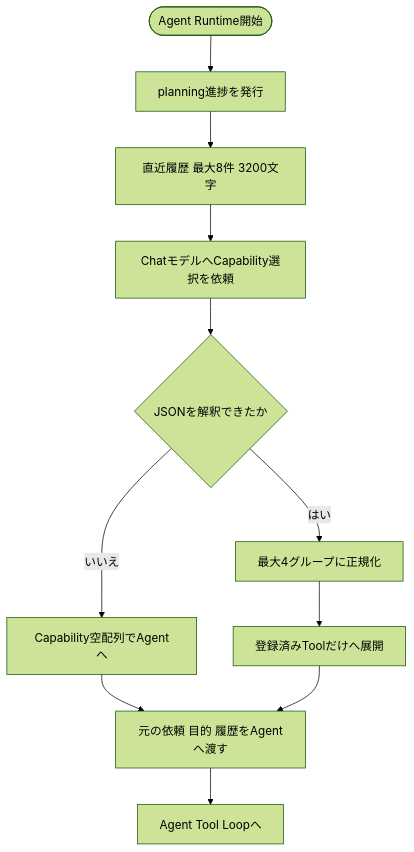
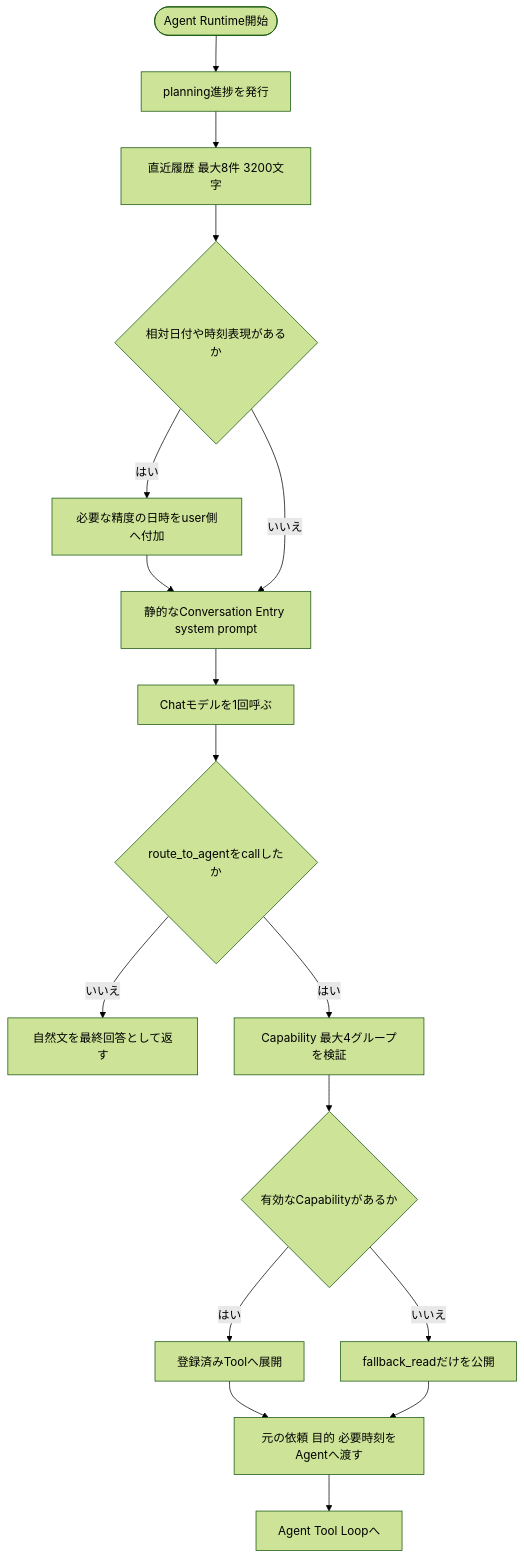
The second of 12 diagrams in docs/runtime-flows.md (Soso2e/PETIT), drawn with Mermaid (forest theme) before and after one commit. The commit also changed other lines of this file, not shown here.

````diff
--- a/docs/runtime-flows.md
+++ b/docs/runtime-flows.md
@@ -70,18 +74,27 @@
 ```mermaid
 flowchart TD
     start([Agent Runtime開始])
     planning[planning進捗を発行]
-    context[直近履歴 最大8件 3200文字]
-    selector[ChatモデルへCapability選択を依頼]
-    parsed{JSONを解釈できたか}
-    fallback[Capability空配列でAgentへ]
-    validate[最大4グループに正規化]
-    map[登録済みToolだけへ展開]
-    prompt[元の依頼 目的 履歴をAgentへ渡す]
+    history[直近履歴 最大8件 3200文字]
+    clock{相対日付や時刻表現があるか}
+    userClock[必要な精度の日時をuser側へ付加]
+    staticSystem[静的なConversation Entry system prompt]
+    selector[Chatモデルを1回呼ぶ]
+    routed{route_to_agentをcallしたか}
+    reply[自然文を最終回答として返す]
+    parse[Capability 最大4グループを検証]
+    valid{有効なCapabilityがあるか}
+    safeFallback[fallback_readだけを公開]
+    map[登録済みToolへ展開]
+    goal[元の依頼 目的 必要時刻をAgentへ渡す]
     agent[Agent Tool Loopへ]
 
-    start --> planning --> context --> selector --> parsed
-    parsed -->|いいえ| fallback --> prompt
-    parsed -->|はい| validate --> map --> prompt
-    prompt --> agent
+    start --> planning --> history --> clock
+    clock -->|はい| userClock --> staticSystem
+    clock -->|いいえ| staticSystem
+    staticSystem --> selector --> routed
+    routed -->|いいえ| reply
+    routed -->|はい| parse --> valid
+    valid -->|はい| map --> goal --> agent
+    valid -->|いいえ| safeFallback --> goal
 ```
````
